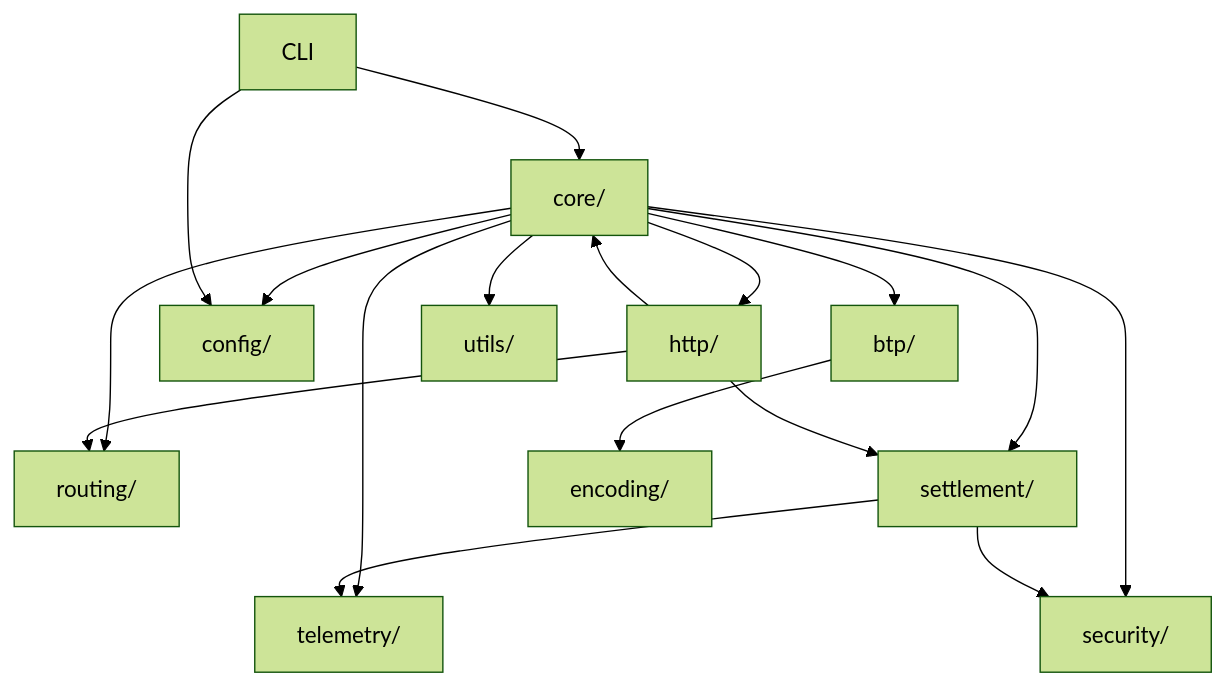
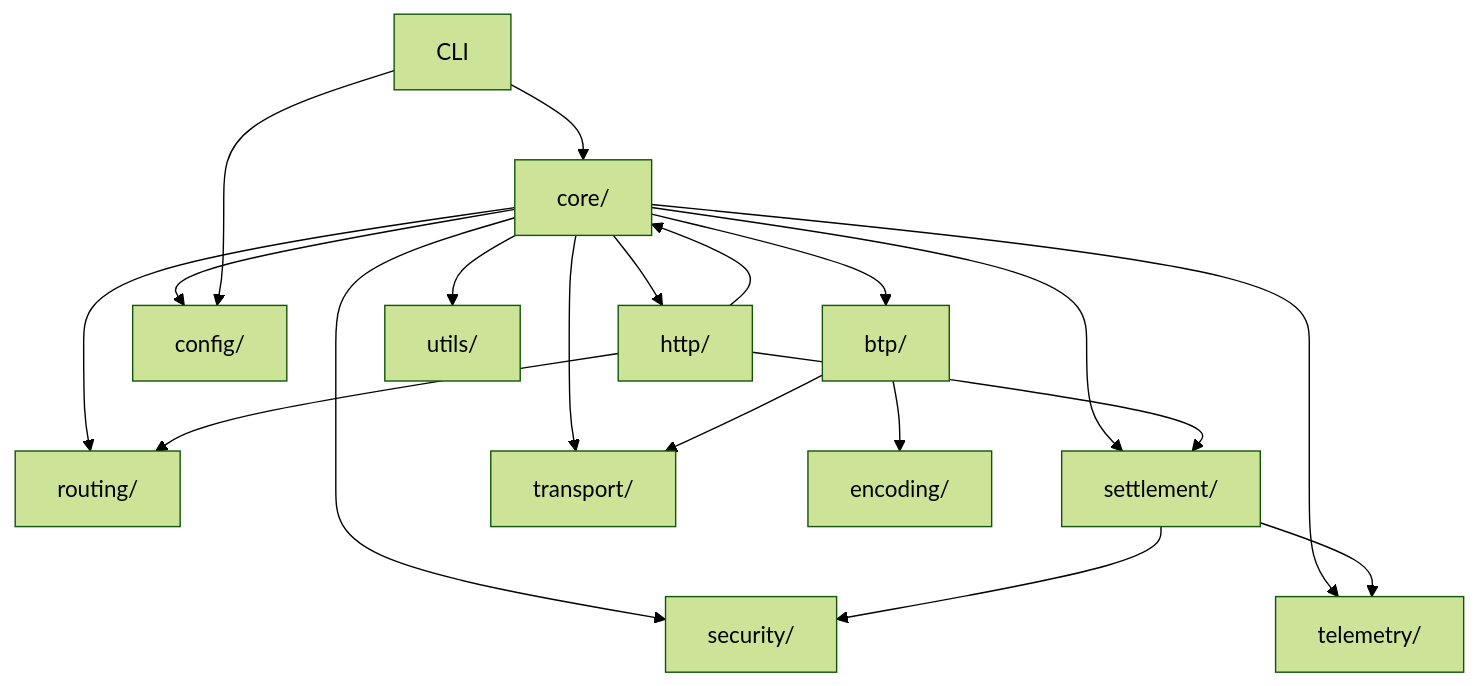
The second of 7 diagrams in _bmad-output/planning-artifacts/architecture.md (ALLiDoizCode/m2m), drawn with Mermaid (forest theme) before and after one commit. The commit also changed other lines of this file and 6 other files, not shown here.

````diff
--- a/_bmad-output/planning-artifacts/architecture.md
+++ b/_bmad-output/planning-artifacts/architecture.md
@@ -330,23 +336,26 @@
 ```mermaid
 graph TD
     Core["core/"] --> BTP["btp/"]
     Core --> Routing["routing/"]
     Core --> Settlement["settlement/"]
     Core --> Config["config/"]
     Core --> HTTP["http/"]
     Core --> Telemetry["telemetry/"]
     Core --> Security["security/"]
+    Core --> Transport["transport/"]
     Core --> Utils["utils/"]
+
+    BTP --> Transport
 
     Settlement --> Security
     Settlement --> Telemetry
 
     BTP --> Encoding["encoding/"]
 
     HTTP --> Core
     HTTP --> Routing
     HTTP --> Settlement
 
     CLI --> Core
     CLI --> Config
 ```
````
